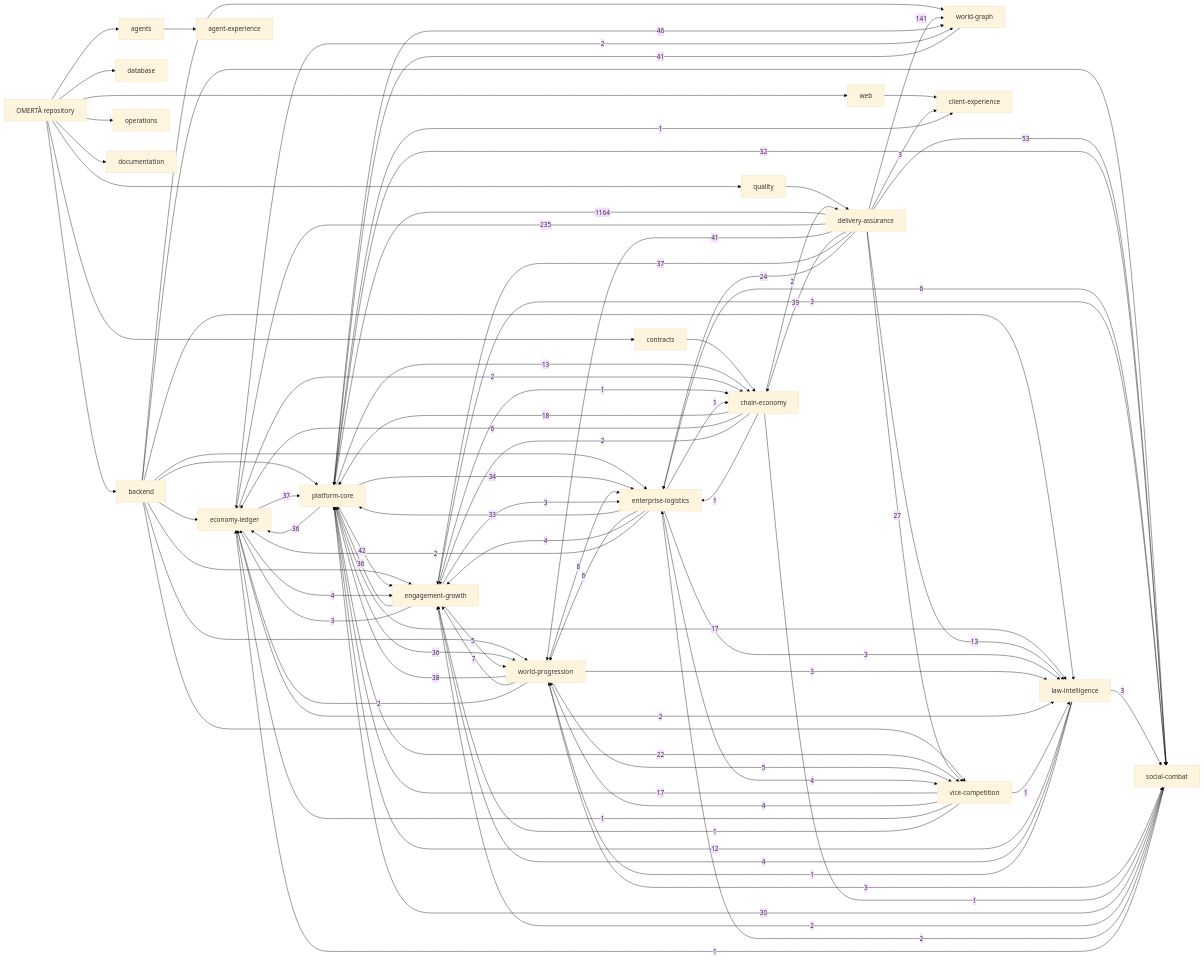
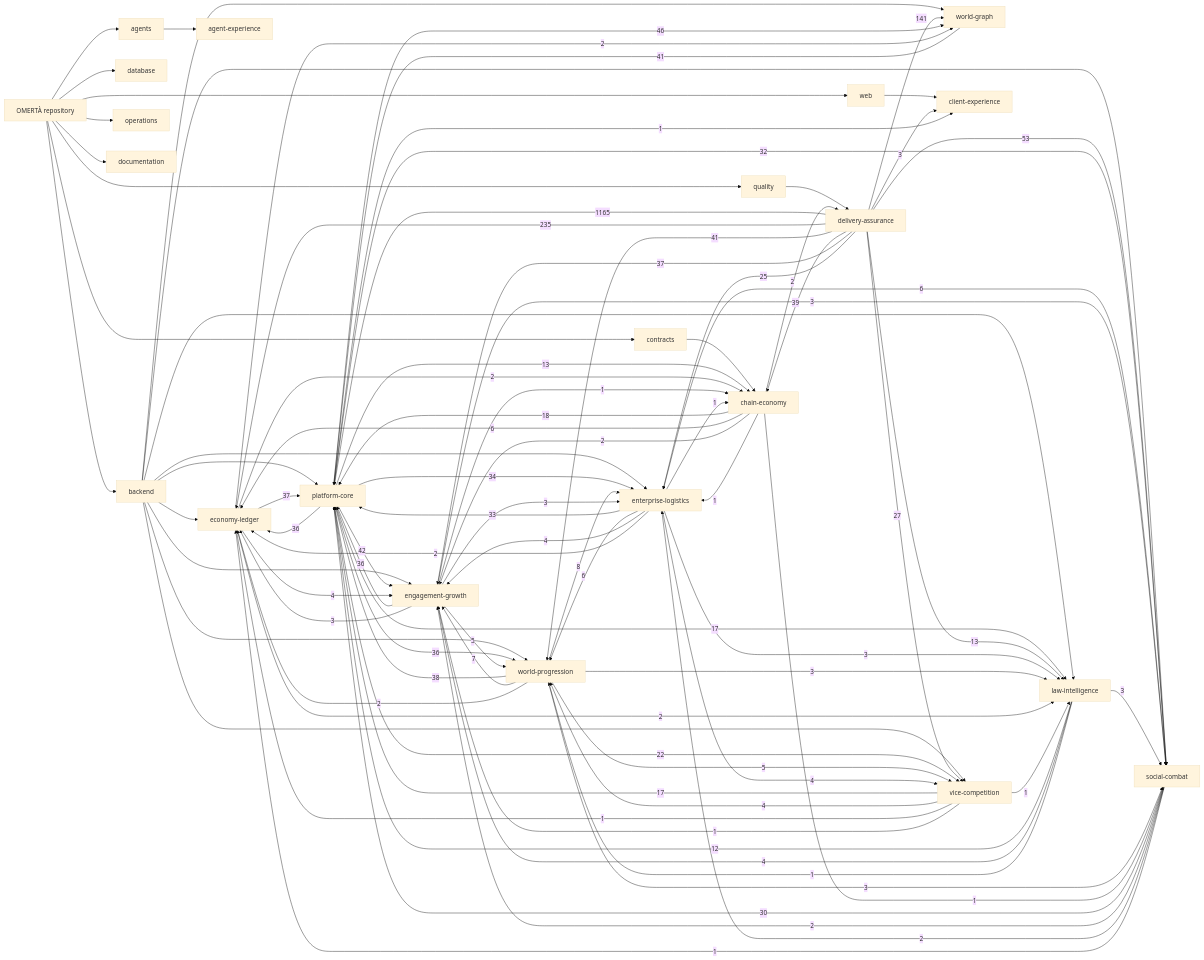
The diagram in knowledge/generated/graph.mmd (OmertaDev/Omerta), drawn with Mermaid (base theme) before and after one commit. The commit also changed 8 other files, not shown here.

```diff
--- a/knowledge/generated/graph.mmd
+++ b/knowledge/generated/graph.mmd
@@ -1,111 +1,111 @@
 flowchart LR
   repo["OMERTÀ repository"]
   sub_backend["backend"]
   repo --> sub_backend
   sub_database["database"]
   repo --> sub_database
   sub_web["web"]
   repo --> sub_web
   sub_contracts["contracts"]
   repo --> sub_contracts
   sub_agents["agents"]
   repo --> sub_agents
   sub_quality["quality"]
   repo --> sub_quality
   sub_operations["operations"]
   repo --> sub_operations
   sub_documentation["documentation"]
   repo --> sub_documentation
   dom_platform-core["platform-core"]
   dom_economy-ledger["economy-ledger"]
   dom_social-combat["social-combat"]
   dom_world-progression["world-progression"]
   dom_world-graph["world-graph"]
   dom_enterprise-logistics["enterprise-logistics"]
   dom_vice-competition["vice-competition"]
   dom_law-intelligence["law-intelligence"]
   dom_chain-economy["chain-economy"]
   dom_engagement-growth["engagement-growth"]
   dom_client-experience["client-experience"]
   dom_agent-experience["agent-experience"]
   dom_delivery-assurance["delivery-assurance"]
   sub_agents --> dom_agent-experience
   sub_backend --> dom_economy-ledger
   sub_backend --> dom_engagement-growth
   sub_backend --> dom_enterprise-logistics
   sub_backend --> dom_law-intelligence
   sub_backend --> dom_platform-core
   sub_backend --> dom_social-combat
   sub_backend --> dom_vice-competition
   sub_backend --> dom_world-graph
   sub_backend --> dom_world-progression
   sub_contracts --> dom_chain-economy
   sub_quality --> dom_delivery-assurance
   sub_web --> dom_client-experience
-  dom_delivery-assurance -->|1164| dom_platform-core
+  dom_delivery-assurance -->|1165| dom_platform-core
   dom_delivery-assurance -->|235| dom_economy-ledger
   dom_delivery-assurance -->|141| dom_world-graph
   dom_delivery-assurance -->|53| dom_social-combat
   dom_platform-core -->|46| dom_world-graph
   dom_platform-core -->|42| dom_engagement-growth
   dom_delivery-assurance -->|41| dom_world-progression
   dom_world-graph -->|41| dom_platform-core
   dom_delivery-assurance -->|39| dom_chain-economy
   dom_world-progression -->|38| dom_platform-core
   dom_delivery-assurance -->|37| dom_engagement-growth
   dom_economy-ledger -->|37| dom_platform-core
   dom_engagement-growth -->|36| dom_platform-core
   dom_platform-core -->|36| dom_economy-ledger
   dom_platform-core -->|36| dom_world-progression
   dom_platform-core -->|34| dom_enterprise-logistics
   dom_enterprise-logistics -->|33| dom_platform-core
   dom_platform-core -->|32| dom_social-combat
   dom_social-combat -->|30| dom_platform-core
   dom_delivery-assurance -->|27| dom_vice-competition
-  dom_delivery-assurance -->|24| dom_enterprise-logistics
+  dom_delivery-assurance -->|25| dom_enterprise-logistics
   dom_platform-core -->|22| dom_vice-competition
   dom_chain-economy -->|18| dom_platform-core
   dom_platform-core -->|17| dom_law-intelligence
   dom_vice-competition -->|17| dom_platform-core
   dom_delivery-assurance -->|13| dom_law-intelligence
   dom_platform-core -->|13| dom_chain-economy
   dom_law-intelligence -->|12| dom_platform-core
   dom_world-progression -->|8| dom_enterprise-logistics
   dom_world-progression -->|7| dom_engagement-growth
   dom_chain-economy -->|6| dom_economy-ledger
   dom_enterprise-logistics -->|6| dom_social-combat
   dom_enterprise-logistics -->|6| dom_world-progression
   dom_engagement-growth -->|5| dom_world-progression
   dom_world-progression -->|5| dom_vice-competition
   dom_economy-ledger -->|4| dom_engagement-growth
   dom_enterprise-logistics -->|4| dom_engagement-growth
   dom_enterprise-logistics -->|4| dom_vice-competition
   dom_law-intelligence -->|4| dom_engagement-growth
   dom_vice-competition -->|4| dom_world-progression
   dom_delivery-assurance -->|3| dom_client-experience
   dom_engagement-growth -->|3| dom_economy-ledger
   dom_engagement-growth -->|3| dom_enterprise-logistics
   dom_engagement-growth -->|3| dom_social-combat
   dom_enterprise-logistics -->|3| dom_law-intelligence
   dom_law-intelligence -->|3| dom_social-combat
   dom_world-progression -->|3| dom_law-intelligence
   dom_world-progression -->|3| dom_social-combat
   dom_chain-economy -->|2| dom_delivery-assurance
   dom_chain-economy -->|2| dom_engagement-growth
   dom_economy-ledger -->|2| dom_chain-economy
   dom_economy-ledger -->|2| dom_law-intelligence
   dom_economy-ledger -->|2| dom_world-graph
   dom_enterprise-logistics -->|2| dom_economy-ledger
   dom_social-combat -->|2| dom_engagement-growth
   dom_social-combat -->|2| dom_enterprise-logistics
   dom_world-progression -->|2| dom_economy-ledger
   dom_chain-economy -->|1| dom_enterprise-logistics
   dom_chain-economy -->|1| dom_social-combat
   dom_engagement-growth -->|1| dom_chain-economy
   dom_enterprise-logistics -->|1| dom_chain-economy
   dom_law-intelligence -->|1| dom_world-progression
   dom_platform-core -->|1| dom_client-experience
   dom_social-combat -->|1| dom_economy-ledger
   dom_vice-competition -->|1| dom_economy-ledger
   dom_vice-competition -->|1| dom_engagement-growth
   dom_vice-competition -->|1| dom_law-intelligence
```
